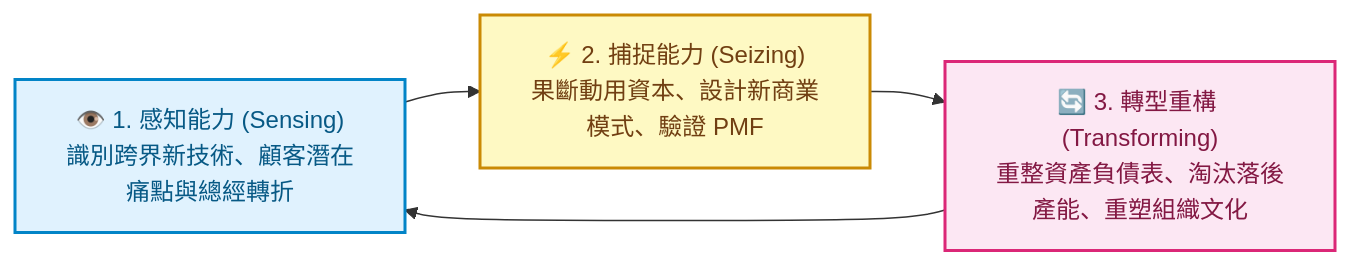
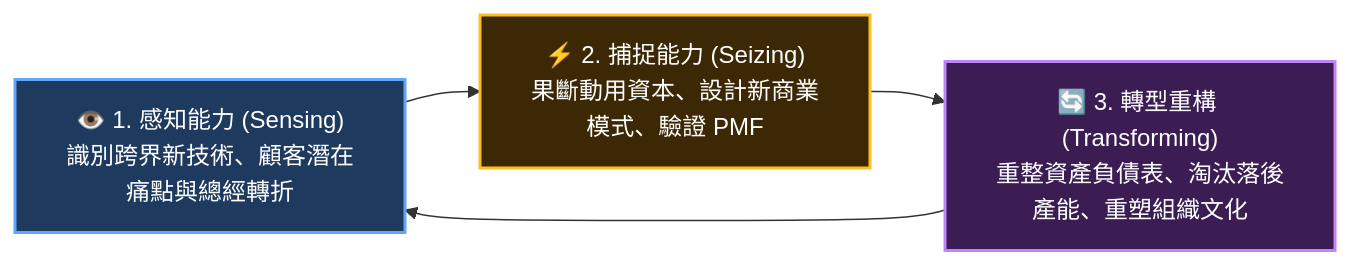
One commit to Jimlin0428/my-digital-garden changed the fourth of 8 diagrams in src/site/notes/98_商業概念庫/competitive-advantage_競爭優勢.md. Above: the diagram before and after it, drawn with Mermaid. The commit also changed other lines of this file and 58 other files, not shown here.

````diff
--- a/src/site/notes/98_商業概念庫/competitive-advantage_競爭優勢.md
+++ b/src/site/notes/98_商業概念庫/competitive-advantage_競爭優勢.md
@@ -157,10 +157,10 @@
 ```mermaid
 flowchart LR
     Sensing["👁️ 1. 感知能力 (Sensing)<br>識別跨界新技術、顧客潛在痛點與總經轉折"] --> Seizing["⚡ 2. 捕捉能力 (Seizing)<br>果斷動用資本、設計新商業模式、驗證 PMF"]
     Seizing --> Transforming["🔄 3. 轉型重構 (Transforming)<br>重整資產負債表、淘汰落後產能、重塑組織文化"]
     Transforming --> Sensing
 
-    style Sensing fill:#e0f2fe,stroke:#0284c7,stroke-width:2px,color:#075985
-    style Seizing fill:#fef9c3,stroke:#ca8a04,stroke-width:2px,color:#713f12
-    style Transforming fill:#fce7f3,stroke:#db2777,stroke-width:2px,color:#831843
+    style Sensing fill:#1e3a5f,stroke:#60a5fa,stroke-width:2px,color:#ffffff
+    style Seizing fill:#3d2806,stroke:#fbbf24,stroke-width:2px,color:#ffffff
+    style Transforming fill:#3b1d54,stroke:#c084fc,stroke-width:2px,color:#ffffff
 ```
````
